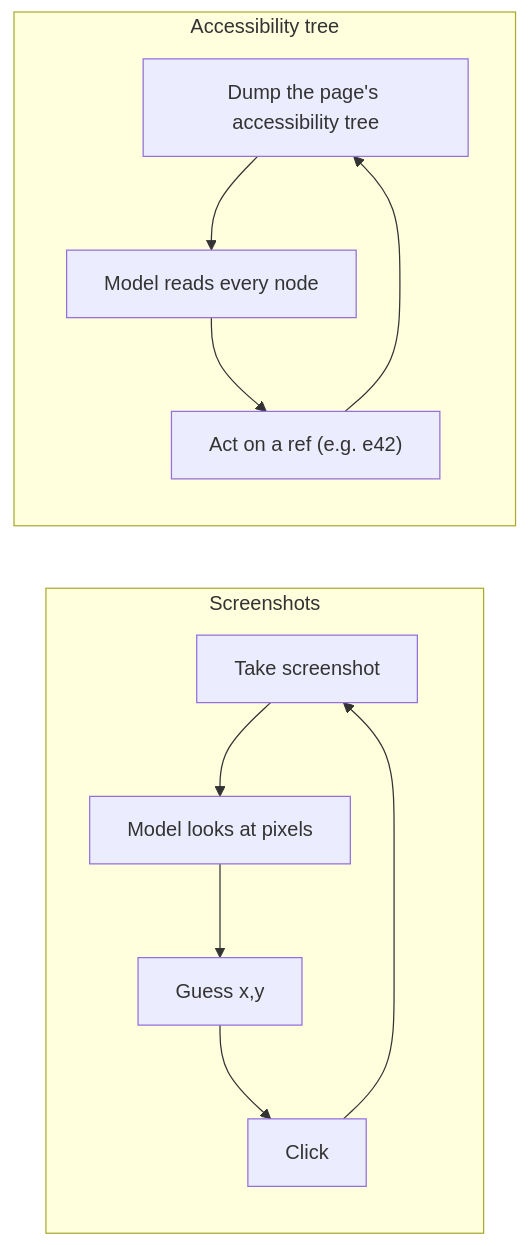
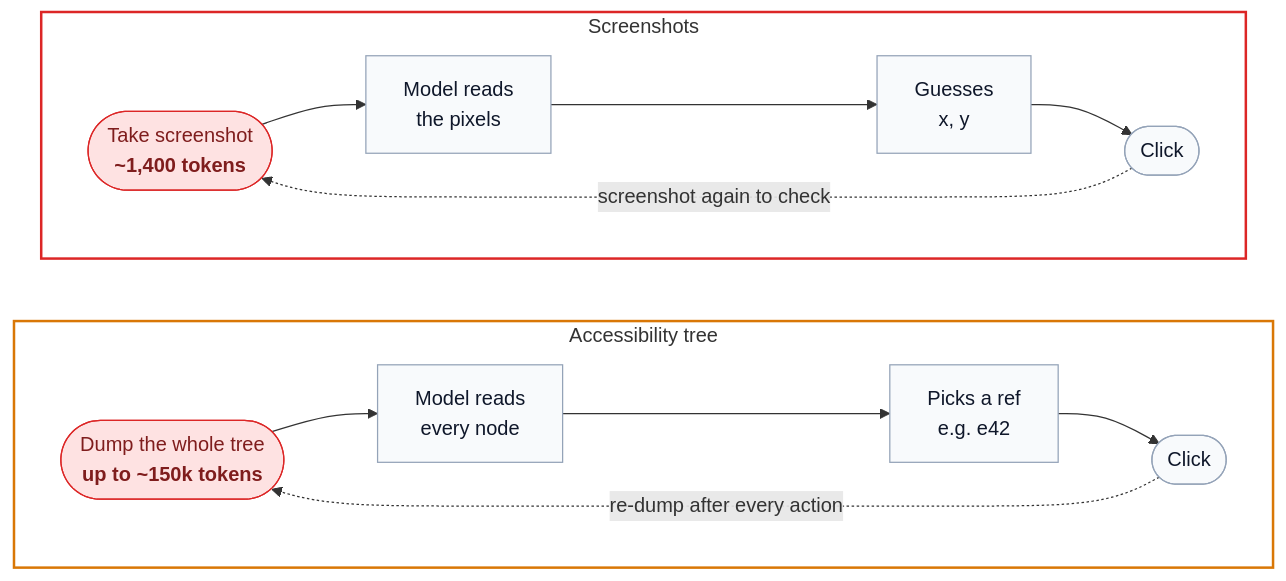
The first of 4 diagrams in docs/APPROACH.md (adi-devv/mantis), drawn with Mermaid before and after one commit. The commit also changed other lines of this file and 7 other files, not shown here.

First line of the commit message:
feat: finalise 0.1.1 - shorter tool list, full prose on fitting pages, cleaner diagrams

````diff
--- a/docs/APPROACH.md
+++ b/docs/APPROACH.md
@@ -10,11 +10,21 @@
 ```mermaid
-flowchart LR
+flowchart TB
     subgraph S["Screenshots"]
-        direction TB
-        S1[Take screenshot] --> S2[Model looks at pixels] --> S3[Guess x,y] --> S4[Click] --> S1
+        direction LR
+        S1(["Take screenshot<br/><b>~1,400 tokens</b>"]) --> S2["Model reads<br/>the pixels"] --> S3["Guesses<br/>x, y"] --> S4(["Click"])
+        S4 -. "screenshot again to check" .-> S1
     end
     subgraph A["Accessibility tree"]
-        direction TB
-        A1[Dump the page's accessibility tree] --> A2[Model reads every node] --> A3["Act on a ref (e.g. e42)"] --> A1
+        direction LR
+        A1(["Dump the whole tree<br/><b>up to ~150k tokens</b>"]) --> A2["Model reads<br/>every node"] --> A3["Picks a ref<br/>e.g. e42"] --> A4(["Click"])
+        A4 -. "re-dump after every action" .-> A1
     end
+    S ~~~ A
+
+    classDef cost fill:#fee2e2,stroke:#dc2626,color:#7f1d1d
+    classDef step fill:#f8fafc,stroke:#94a3b8,color:#0f172a
+    class S1,A1 cost
+    class S2,S3,S4,A2,A3,A4 step
+    style S fill:transparent,stroke:#dc2626,stroke-width:2px
+    style A fill:transparent,stroke:#d97706,stroke-width:2px
 ```
````
